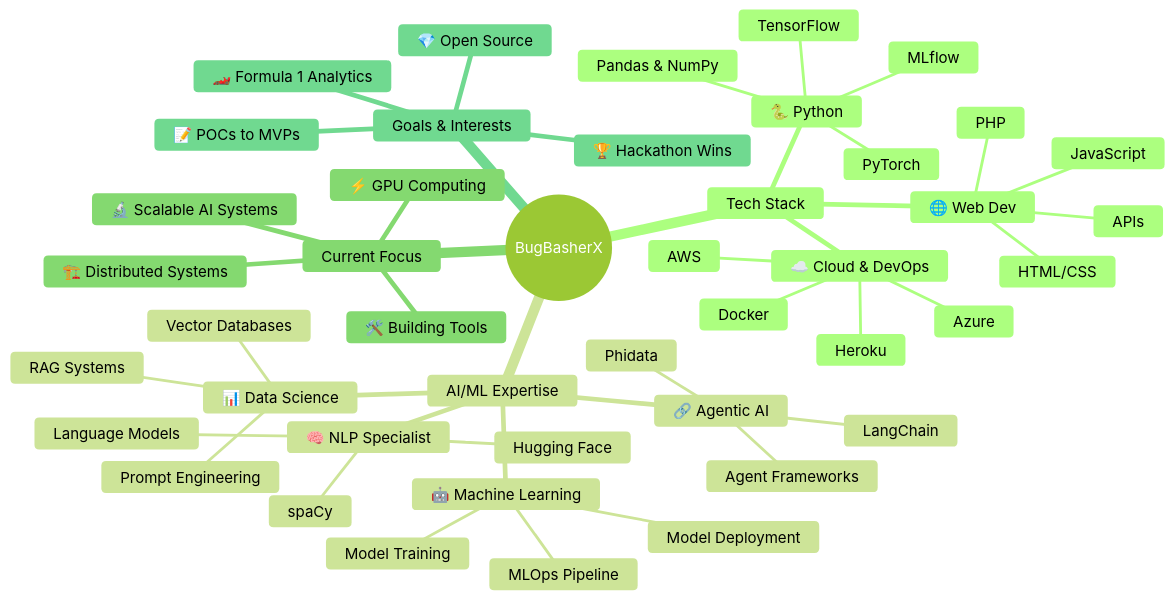
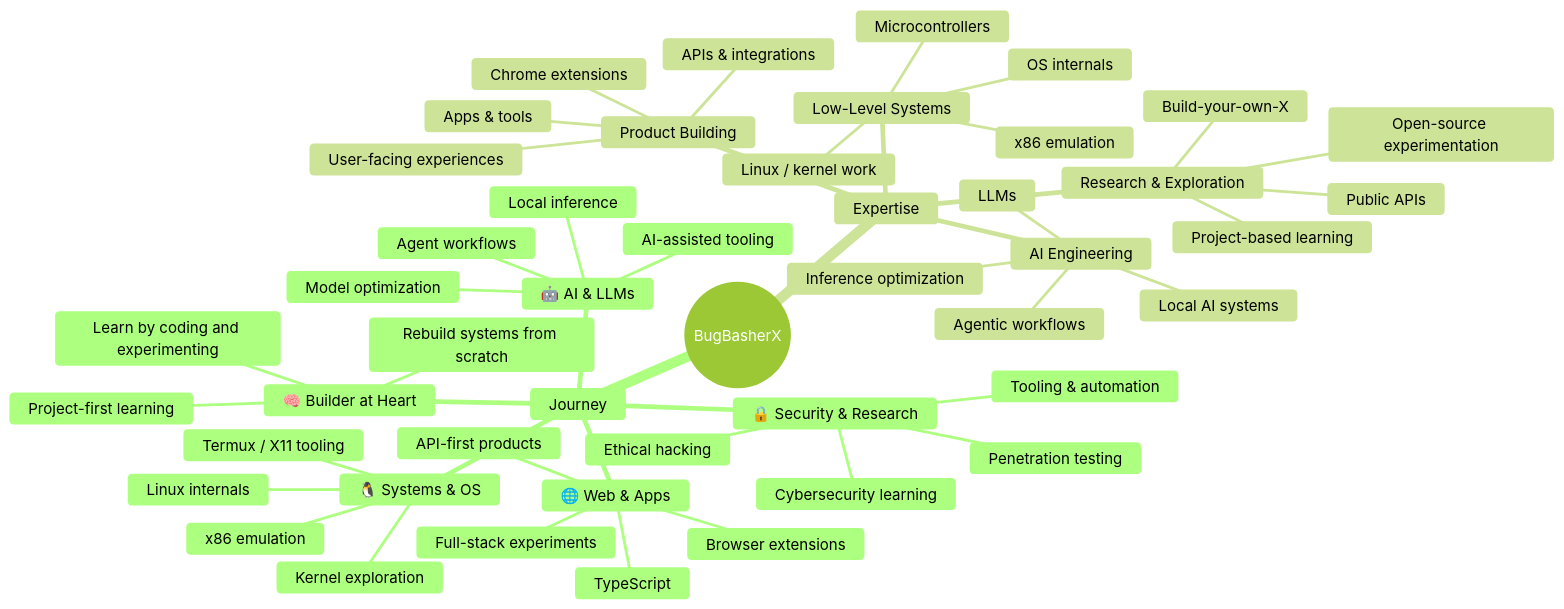
The diagram in README.md (BugBasherX/BugBasherX), drawn with Mermaid before and after one commit.

Commit message:
Align the journey and expertise map with BugBasherX's actual public profile and project interests

````diff
--- a/README.md
+++ b/README.md
@@ -108,48 +108,51 @@
 ```mermaid
 %%{init: {'theme':'forest', 'themeVariables': { 'background': 'transparent' }}}%%
 mindmap
   root((BugBasherX))
-    Tech Stack
-      🐍 Python
-        PyTorch
-        TensorFlow
-        Pandas & NumPy
-        MLflow
-      🌐 Web Dev
-        PHP
-        JavaScript
-        HTML/CSS
-        APIs
-      ☁️ Cloud & DevOps
-        AWS
-        Azure
-        Docker
-        Heroku
-    AI/ML Expertise
-      🤖 Machine Learning
-        Model Training
-        Model Deployment
-        MLOps Pipeline
-      🧠 NLP Specialist
-        spaCy
-        Hugging Face
-        Language Models
-      🔗 Agentic AI
-        LangChain
-        Phidata
-        Agent Frameworks
-      📊 Data Science
-        Vector Databases
-        RAG Systems
-        Prompt Engineering
-    Current Focus
-      🔬 Scalable AI Systems
-      ⚡ GPU Computing
-      🏗️ Distributed Systems
-      🛠️ Building Tools
-    Goals & Interests
-      🏎️ Formula 1 Analytics
-      🏆 Hackathon Wins
-      📝 POCs to MVPs
-      💎 Open Source
+    Journey
+      🧠 Builder at Heart
+        Rebuild systems from scratch
+        Learn by coding and experimenting
+        Project-first learning
+      🐧 Systems & OS
+        Linux internals
+        Kernel exploration
+        x86 emulation
+        Termux / X11 tooling
+      🤖 AI & LLMs
+        Local inference
+        Model optimization
+        Agent workflows
+        AI-assisted tooling
+      🌐 Web & Apps
+        TypeScript
+        Browser extensions
+        Full-stack experiments
+        API-first products
+      🔒 Security & Research
+        Ethical hacking
+        Tooling & automation
+        Penetration testing
+        Cybersecurity learning
+    Expertise
+      Low-Level Systems
+        x86 emulation
+        OS internals
+        Microcontrollers
+        Linux / kernel work
+      AI Engineering
+        LLMs
+        Inference optimization
+        Local AI systems
+        Agentic workflows
+      Product Building
+        Chrome extensions
+        Apps & tools
+        User-facing experiences
+        APIs & integrations
+      Research & Exploration
+        Build-your-own-X
+        Public APIs
+        Project-based learning
+        Open-source experimentation
 ```
````
